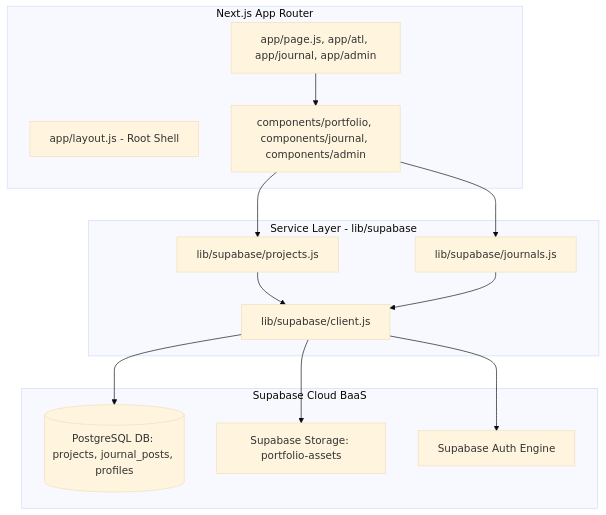
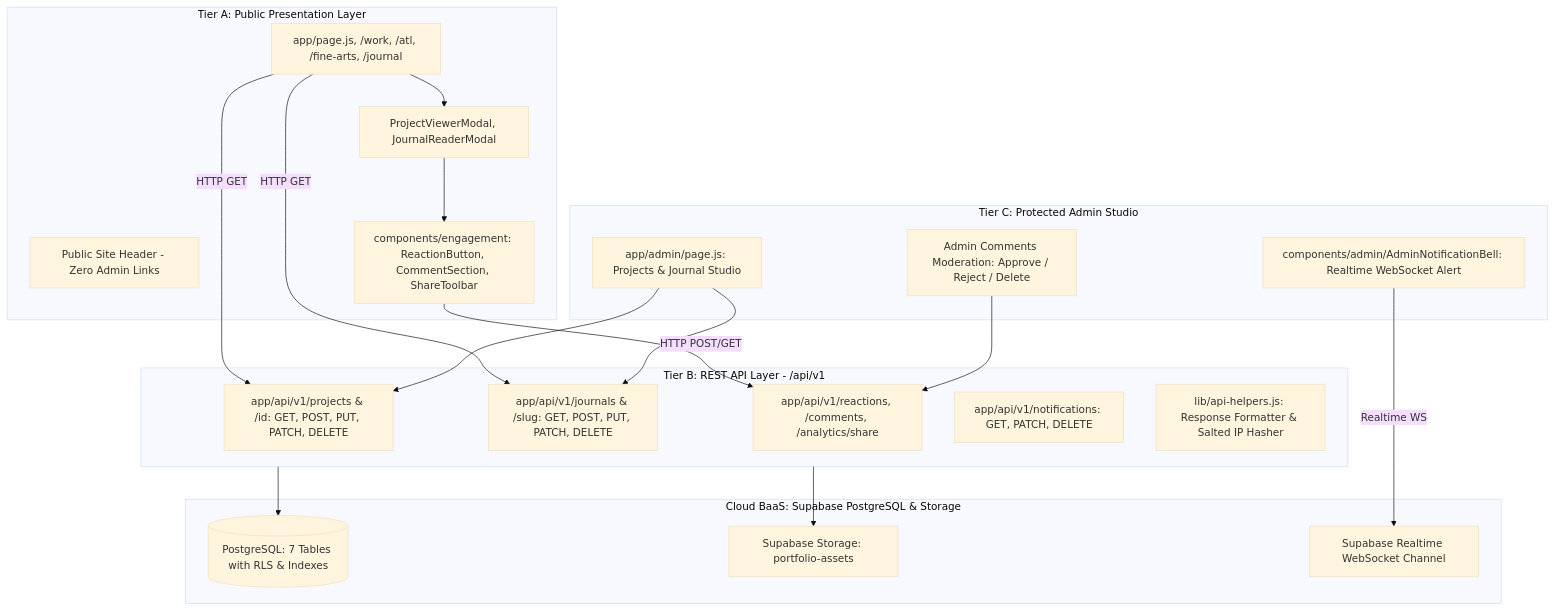
The diagram in documentation/ARCHITECTURE_SYSTEM_DESIGN.md (johnymahmud/PortfolioWebsite), drawn with Mermaid (base theme) before and after one commit. The commit also changed other lines of this file and 5 other files, not shown here.

````diff
--- a/documentation/ARCHITECTURE_SYSTEM_DESIGN.md
+++ b/documentation/ARCHITECTURE_SYSTEM_DESIGN.md
@@ -10,29 +11,43 @@
 ```mermaid
 graph TD
-    subgraph Frontend [Next.js App Router]
-        AppLayout[app/layout.js - Root Shell]
-        Pages[app/page.js, app/atl, app/journal, app/admin]
-        Components[components/portfolio, components/journal, components/admin]
+    subgraph TierA [Tier A: Public Presentation Layer]
+        PublicNav[Public Site Header - Zero Admin Links]
+        PublicPages[app/page.js, /work, /atl, /fine-arts, /journal]
+        EngagementUI[components/engagement: ReactionButton, CommentSection, ShareToolbar]
+        Modals[ProjectViewerModal, JournalReaderModal]
     end
 
-    subgraph ServiceLayer [Service Layer - lib/supabase]
-        SupabaseClient[lib/supabase/client.js]
-        ProjectService[lib/supabase/projects.js]
-        JournalService[lib/supabase/journals.js]
+    subgraph TierB [Tier B: REST API Layer - /api/v1]
+        ProjectsAPI[app/api/v1/projects & /id: GET, POST, PUT, PATCH, DELETE]
+        JournalsAPI[app/api/v1/journals & /slug: GET, POST, PUT, PATCH, DELETE]
+        EngagementAPI[app/api/v1/reactions, /comments, /analytics/share]
+        NotifAPI[app/api/v1/notifications: GET, PATCH, DELETE]
+        ApiHelpers[lib/api-helpers.js: Response Formatter & Salted IP Hasher]
     end
 
-    subgraph Backend [Supabase Cloud BaaS]
-        PostgreSQL[(PostgreSQL DB: projects, journal_posts, profiles)]
-        StorageBucket[Supabase Storage: portfolio-assets]
-        AuthService[Supabase Auth Engine]
+    subgraph TierC [Tier C: Protected Admin Studio]
+        AdminApp[app/admin/page.js: Projects & Journal Studio]
+        ModerationStudio[Admin Comments Moderation: Approve / Reject / Delete]
+        NotifBell[components/admin/AdminNotificationBell: Realtime WebSocket Alert]
     end
 
-    Pages --> Components
-    Components --> ProjectService
-    Components --> JournalService
-    ProjectService --> SupabaseClient
-    JournalService --> SupabaseClient
-    SupabaseClient --> PostgreSQL
-    SupabaseClient --> StorageBucket
-    SupabaseClient --> AuthService
+    subgraph CloudBaaS [Cloud BaaS: Supabase PostgreSQL & Storage]
+        PostgreSQL[(PostgreSQL: 7 Tables with RLS & Indexes)]
+        StorageBucket[Supabase Storage: portfolio-assets]
+        RealtimeEngine[Supabase Realtime WebSocket Channel]
+    end
+
+    PublicPages --> Modals
+    Modals --> EngagementUI
+    EngagementUI -->|HTTP POST/GET| EngagementAPI
+    PublicPages -->|HTTP GET| ProjectsAPI
+    PublicPages -->|HTTP GET| JournalsAPI
+
+    AdminApp --> ProjectsAPI
+    AdminApp --> JournalsAPI
+    ModerationStudio --> EngagementAPI
+    NotifBell -->|Realtime WS| RealtimeEngine
+
+    TierB --> PostgreSQL
+    TierB --> StorageBucket
 ```
````
